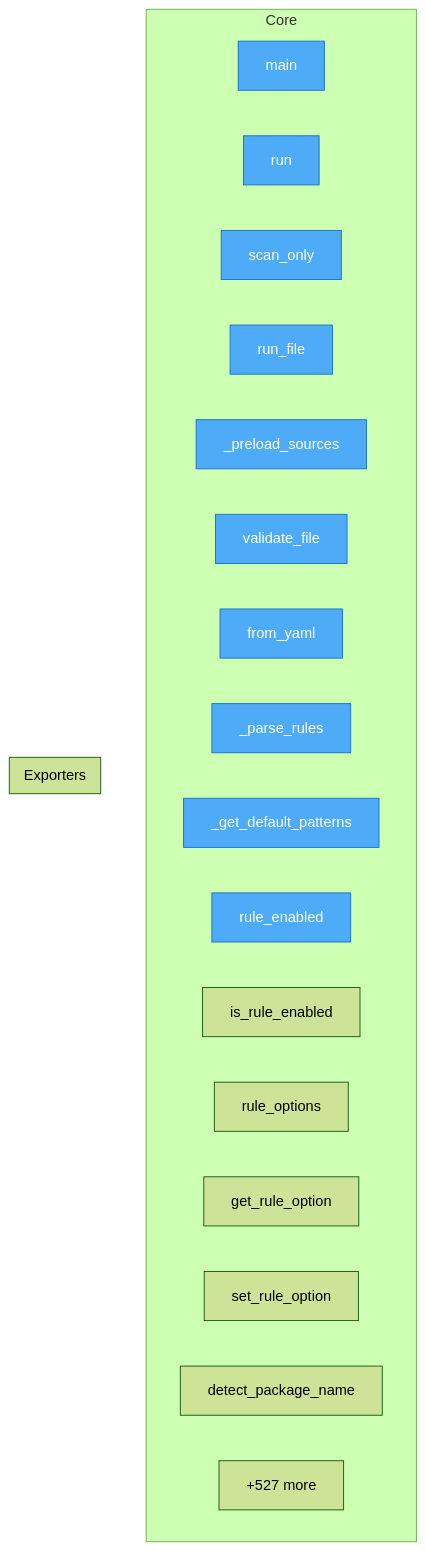
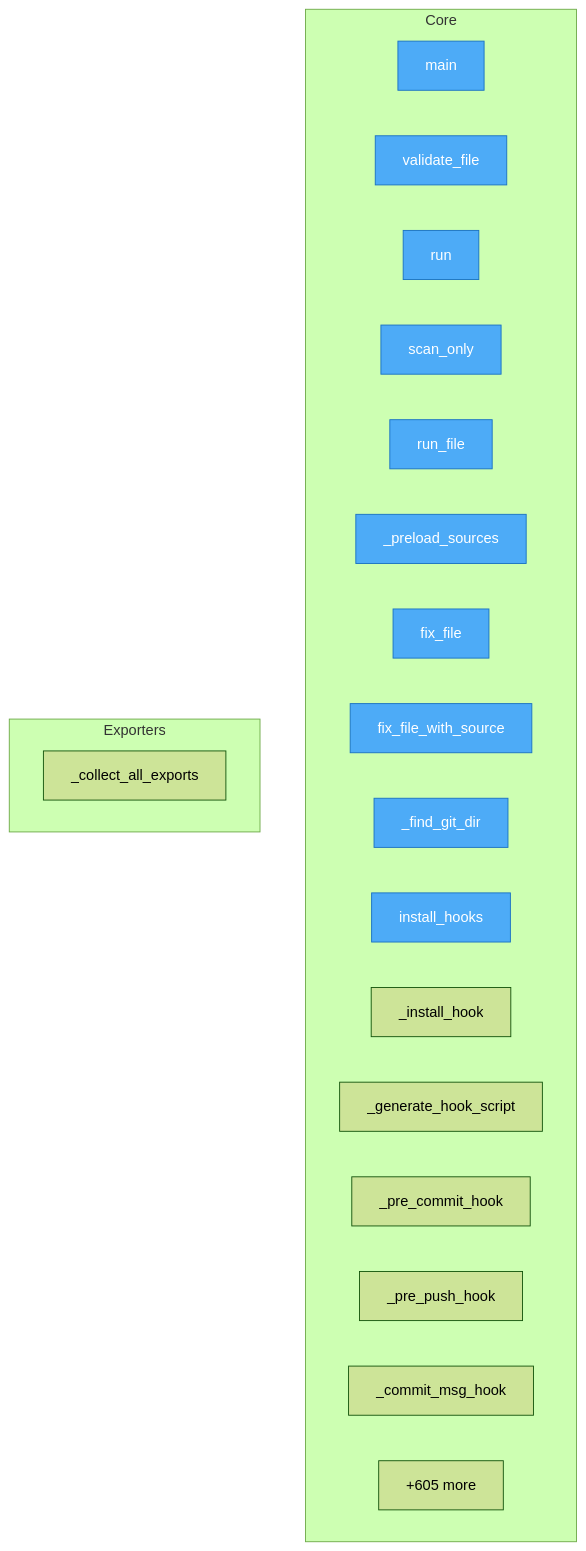
The diagram in project/flow.mmd (semcod/prefact), drawn with Mermaid (forest theme) before and after one commit. The commit also changed 33 other files, not shown here.

```diff
--- a/project/flow.mmd
+++ b/project/flow.mmd
@@ -1,28 +1,29 @@
 flowchart TD
 
     %% Entry points (blue)
     classDef entry fill:#4dabf7,stroke:#1971c2,color:#fff
 
     subgraph Core
         benchmark_ram_optimization__main["main"]
+        src__prefact__validator__Validator__validate_file["validate_file"]
         src__prefact__engine__RefactoringEngine__run["run"]
         src__prefact__engine__RefactoringEngine__scan_only["scan_only"]
         src__prefact__engine__RefactoringEngine__run_file["run_file"]
         src__prefact__engine__RefactoringEngine___preload_sources["_preload_sources"]
-        src__prefact__validator__Validator__validate_file["validate_file"]
-        src__prefact__config__Config__from_yaml["from_yaml"]
-        src__prefact__config__Config___parse_rules["_parse_rules"]
-        src__prefact__config__Config___get_default_patterns["_get_default_patterns"]
-        src__prefact__config__Config__rule_enabled["rule_enabled"]
-        src__prefact__config__Config__is_rule_enabled["is_rule_enabled"]
-        src__prefact__config__Config__rule_options["rule_options"]
-        src__prefact__config__Config__get_rule_option["get_rule_option"]
-        src__prefact__config__Config__set_rule_option["set_rule_option"]
-        src__prefact__config__Config__detect_package_name["detect_package_name"]
-        ...["+527 more"]
+        src__prefact__fixer__Fixer__fix_file["fix_file"]
+        src__prefact__fixer__Fixer__fix_file_with_source["fix_file_with_source"]
+        src__prefact__git_hooks__GitHooks___find_git_dir["_find_git_dir"]
+        src__prefact__git_hooks__GitHooks__install_hooks["install_hooks"]
+        src__prefact__git_hooks__GitHooks___install_hook["_install_hook"]
+        src__prefact__git_hooks__GitHooks___generate_hook_script["_generate_hook_script"]
+        src__prefact__git_hooks__GitHooks___pre_commit_hook["_pre_commit_hook"]
+        src__prefact__git_hooks__GitHooks___pre_push_hook["_pre_push_hook"]
+        src__prefact__git_hooks__GitHooks___commit_msg_hook["_commit_msg_hook"]
+        ...["+605 more"]
     end
 
     subgraph Exporters
+        project__map__toon___collect_all_exports["_collect_all_exports"]
     end
 
-    class benchmark_ram_optimization__main,src__prefact__engine__RefactoringEngine__run,src__prefact__engine__RefactoringEngine__scan_only,src__prefact__engine__RefactoringEngine__run_file,src__prefact__engine__RefactoringEngine___preload_sources,src__prefact__validator__Validator__validate_file,src__prefact__config__Config__from_yaml,src__prefact__config__Config___parse_rules,src__prefact__config__Config___get_default_patterns,src__prefact__config__Config__rule_enabled entry
+    class benchmark_ram_optimization__main,src__prefact__validator__Validator__validate_file,src__prefact__engine__RefactoringEngine__run,src__prefact__engine__RefactoringEngine__scan_only,src__prefact__engine__RefactoringEngine__run_file,src__prefact__engine__RefactoringEngine___preload_sources,src__prefact__fixer__Fixer__fix_file,src__prefact__fixer__Fixer__fix_file_with_source,src__prefact__git_hooks__GitHooks___find_git_dir,src__prefact__git_hooks__GitHooks__install_hooks entry
```
